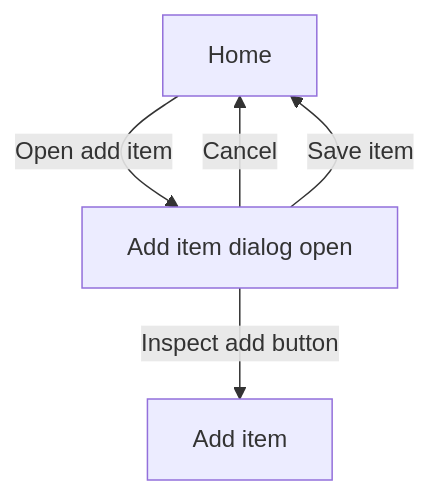
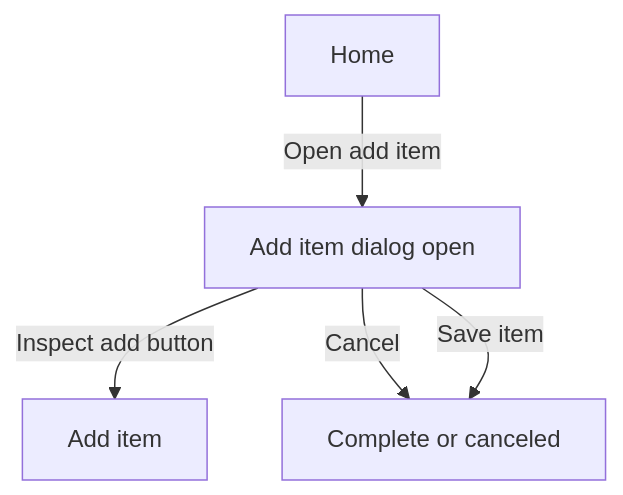
The diagram in schema/workflow.md (specux-ivcode-org/specux-studio), drawn with Mermaid before and after one commit. The commit also changed other lines of this file and 61 other files, not shown here.

````diff
--- a/schema/workflow.md
+++ b/schema/workflow.md
@@ -30,17 +34,18 @@
 ```mermaid
 ---
 Shows the add-item journey, including opening the dialog, canceling, and saving.
 Use the linked behavior spec for implementation requirements and acceptance criteria.
 ---
 flowchart TD
     dashboard["Home"]
     dialogState["Add item dialog open"]
     dialog["Add item"]
+    done["Complete or canceled"]
     dashboard -->|Open add item| dialogState
     dialogState -->|Inspect add button| dialog
-    dialogState -->|Cancel| dashboard
-    dialogState -->|Save item| dashboard
-    click dashboard href "specux://screen/home/screen.yml"
-    click dialogState href "specux://screen/home/screen.yml?state=add-item-open"
-    click dialog href "specux://screen/home/screen.yml?placement=add-item&state=add-item-open"
+    dialogState -->|Cancel| done
+    dialogState -->|Save item| done
+    click dashboard href "specux://screen/home/screen.yml?placement=home-heading"
+    click dialogState href "specux://screen/home/screen.yml?placement=add-item-dialog&state=add-item-open"
+    click dialog href "specux://screen/home/screen.yml?placement=dialog.actions.save&placement=dialog.actions.cancel&state=add-item-open"
 ```
````
